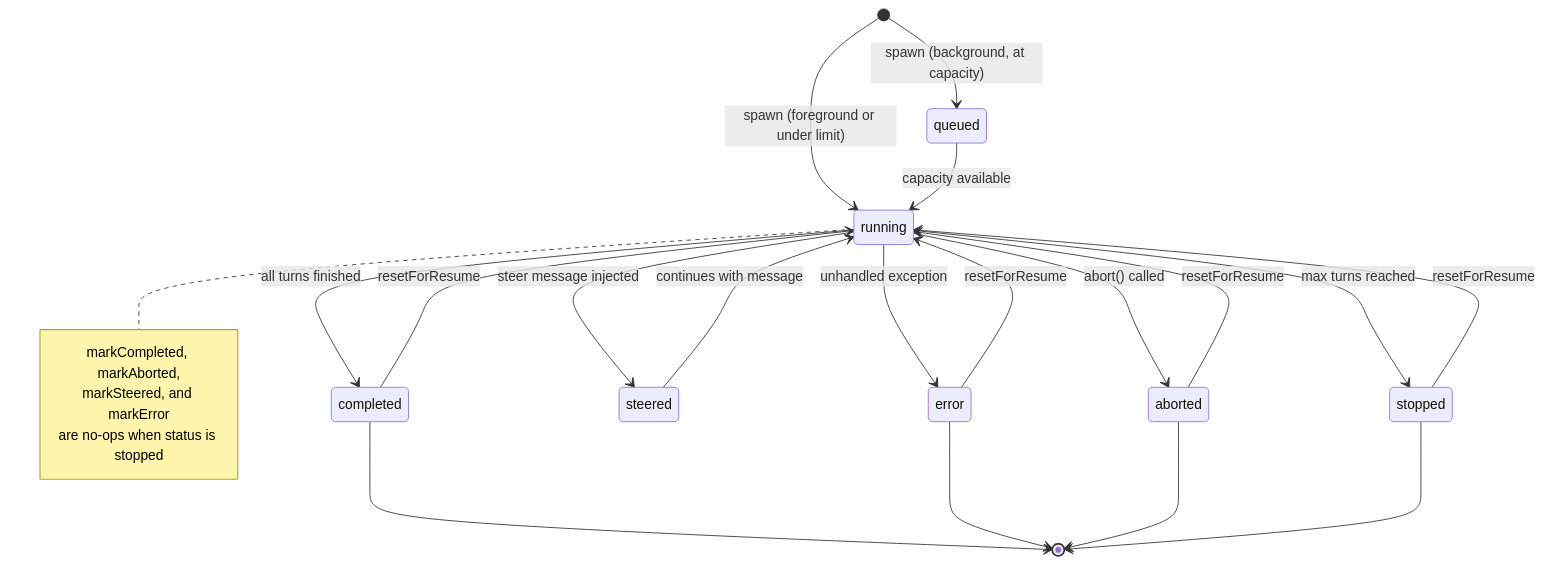
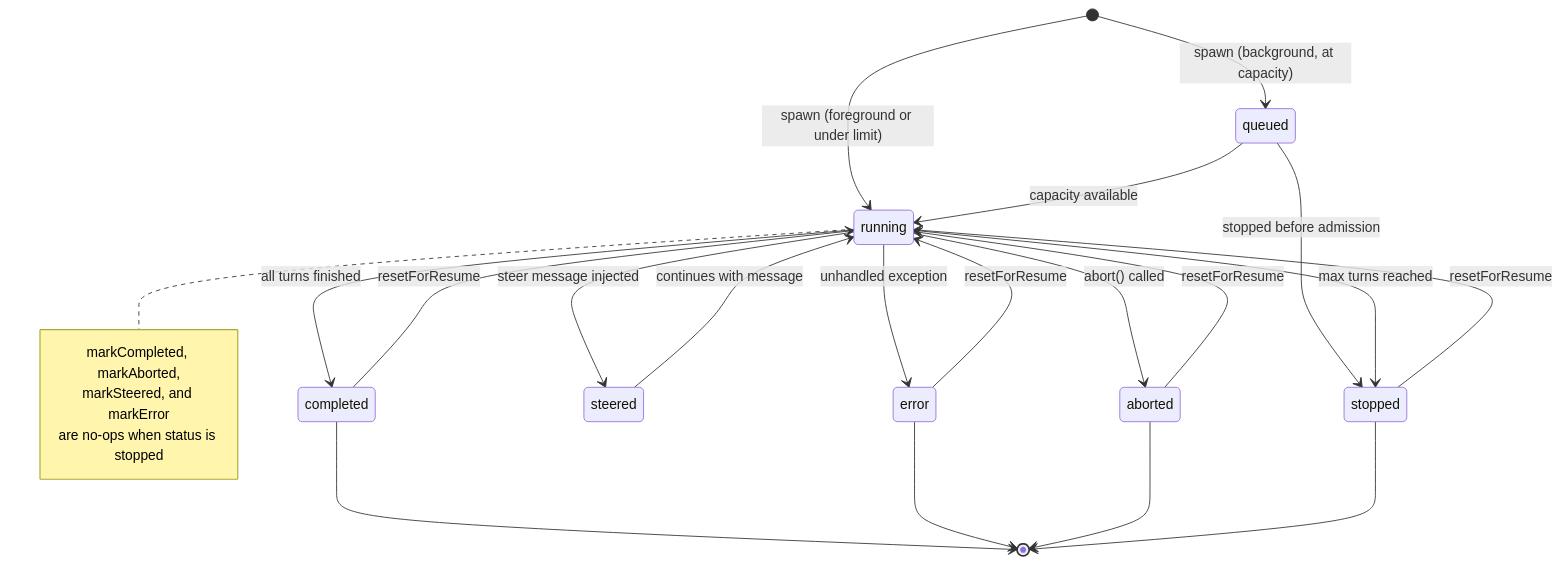
One commit to nklisch/pi-extensions changed the third of 6 diagrams in packages/pi-subagents/docs/architecture/architecture.md. Above: the diagram before and after it, drawn with Mermaid. The commit also changed other lines of this file and 282 other files, not shown here.

````diff
--- a/packages/pi-subagents/docs/architecture/architecture.md
+++ b/packages/pi-subagents/docs/architecture/architecture.md
@@ -206,26 +206,27 @@
 ```mermaid
 stateDiagram-v2
     [*] --> queued : spawn (background, at capacity)
     [*] --> running : spawn (foreground or under limit)
     queued --> running : capacity available
+    queued --> stopped : stopped before admission
     running --> completed : all turns finished
     running --> error : unhandled exception
     running --> aborted : abort() called
     running --> stopped : max turns reached
     running --> steered : steer message injected
     steered --> running : continues with message
     completed --> running : resetForResume
     stopped --> running : resetForResume
     error --> running : resetForResume
     aborted --> running : resetForResume
     completed --> [*]
     error --> [*]
     aborted --> [*]
     stopped --> [*]
 
     note right of running
         markCompleted, markAborted,
         markSteered, and markError
         are no-ops when status is stopped
     end note
 ```
````
